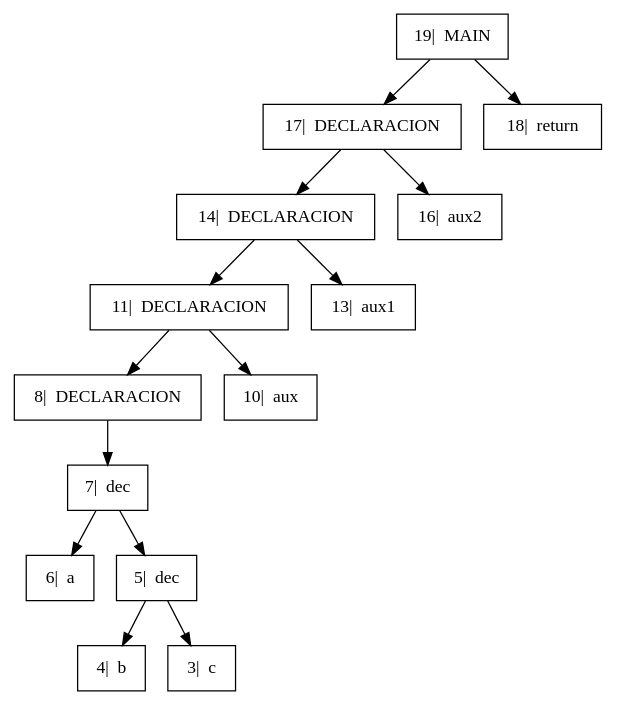
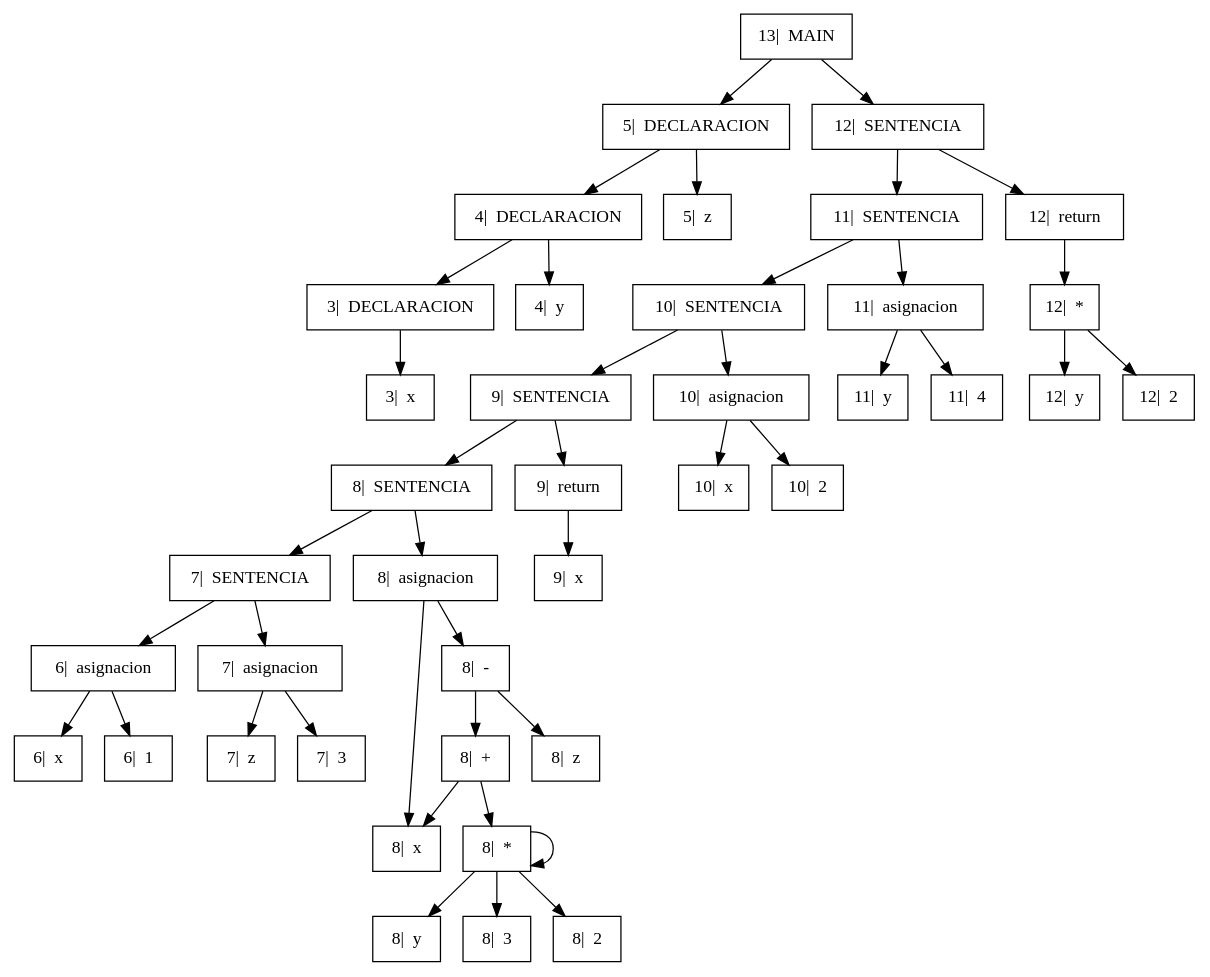
Before and after one commit to GiovA07/PRE-PROYECTO-COMPILADORES: the diagram in Proyecto/Arbol.dot, drawn with Graphviz. The commit also changed 16 other files, not shown here.

```diff
--- a/Proyecto/Arbol.dot
+++ b/Proyecto/Arbol.dot
@@ -1,13 +1,28 @@
 digraph{
 
 rankdir=TB;
 
 node[shape=box];
-"19|  MAIN" -> "17|  DECLARACION", "18|  return";
-"17|  DECLARACION" -> "14|  DECLARACION", "16|  aux2";
-"14|  DECLARACION" -> "11|  DECLARACION", "13|  aux1";
-"11|  DECLARACION" -> "8|  DECLARACION", "10|  aux";
-"8|  DECLARACION" -> "7|  dec" ;
-"7|  dec" -> "6|  a", "5|  dec";
-"5|  dec" -> "4|  b", "3|  c";
+"13|  MAIN" -> "5|  DECLARACION", "12|  SENTENCIA";
+"5|  DECLARACION" -> "4|  DECLARACION", "5|  z";
+"4|  DECLARACION" -> "3|  DECLARACION", "4|  y";
+"3|  DECLARACION" -> "3|  x" ;
+"12|  SENTENCIA" -> "11|  SENTENCIA", "12|  return";
+"11|  SENTENCIA" -> "10|  SENTENCIA", "11|  asignacion";
+"10|  SENTENCIA" -> "9|  SENTENCIA", "10|  asignacion";
+"9|  SENTENCIA" -> "8|  SENTENCIA", "9|  return";
+"8|  SENTENCIA" -> "7|  SENTENCIA", "8|  asignacion";
+"7|  SENTENCIA" -> "6|  asignacion", "7|  asignacion";
+"6|  asignacion" -> "6|  x", "6|  1";
+"7|  asignacion" -> "7|  z", "7|  3";
+"8|  asignacion" -> "8|  x", "8|  -";
+"8|  -" -> "8|  +", "8|  z";
+"8|  +" -> "8|  x", "8|  *";
+"8|  *" -> "8|  *", "8|  y";
+"8|  *" -> "8|  3", "8|  2";
+"9|  return" -> "9|  x" ;
+"10|  asignacion" -> "10|  x", "10|  2";
+"11|  asignacion" -> "11|  y", "11|  4";
+"12|  return" -> "12|  *" ;
+"12|  *" -> "12|  y", "12|  2";
 }
```
